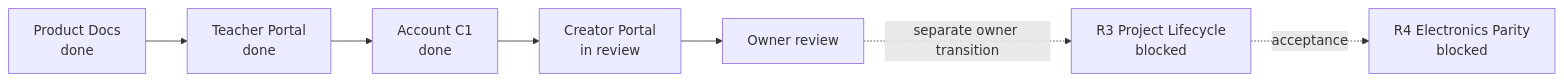
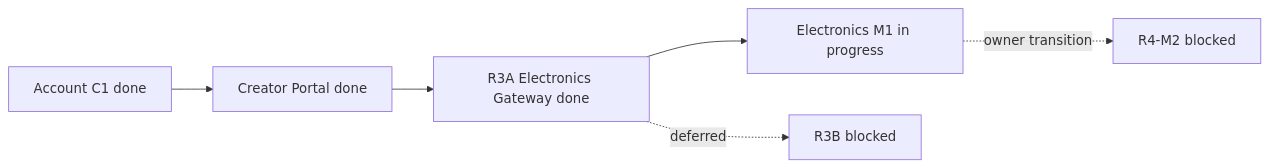
One commit to spikeal8-maker/asa-lab changed the diagram in docs/project-map/PROJECT_MAP.md. Above: the diagram before and after it, drawn with Mermaid. The commit also changed other lines of this file and 9 other files, not shown here.

````diff
--- a/docs/project-map/PROJECT_MAP.md
+++ b/docs/project-map/PROJECT_MAP.md
@@ -15,14 +15,8 @@
 ```mermaid
 flowchart LR
-  DOC[Product Docs\ndone]
-  PORTAL[Teacher Portal\ndone]
-  ACCOUNT[Account C1\ndone]
-  R2[Creator Portal\nin review]
-  STOP[Owner review]
-  R3[R3 Project Lifecycle\nblocked]
-  R4[R4 Electronics Parity\nblocked]
-
-  DOC --> PORTAL --> ACCOUNT --> R2 --> STOP
-  STOP -. separate owner transition .-> R3
-  R3 -. acceptance .-> R4
+  ACCOUNT["Account C1 done"] --> PORTAL["Creator Portal done"]
+  PORTAL --> GATE["R3A Electronics Gateway done"]
+  GATE --> M1["Electronics M1 in progress"]
+  M1 -. owner transition .-> M2["R4-M2 blocked"]
+  GATE -. deferred .-> R3B["R3B blocked"]
 ```
````
